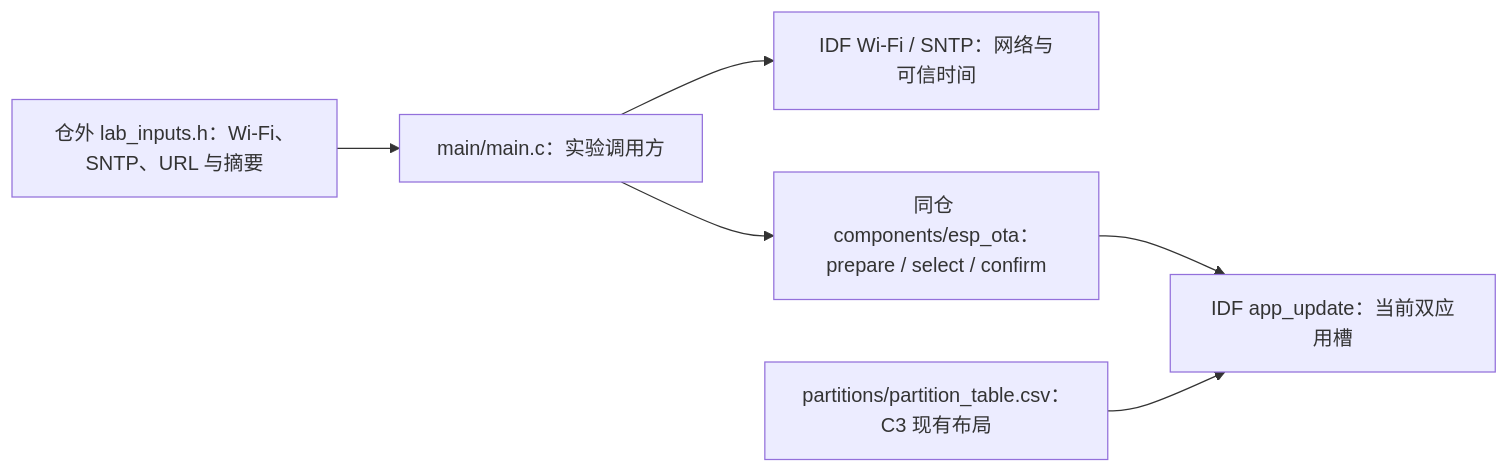
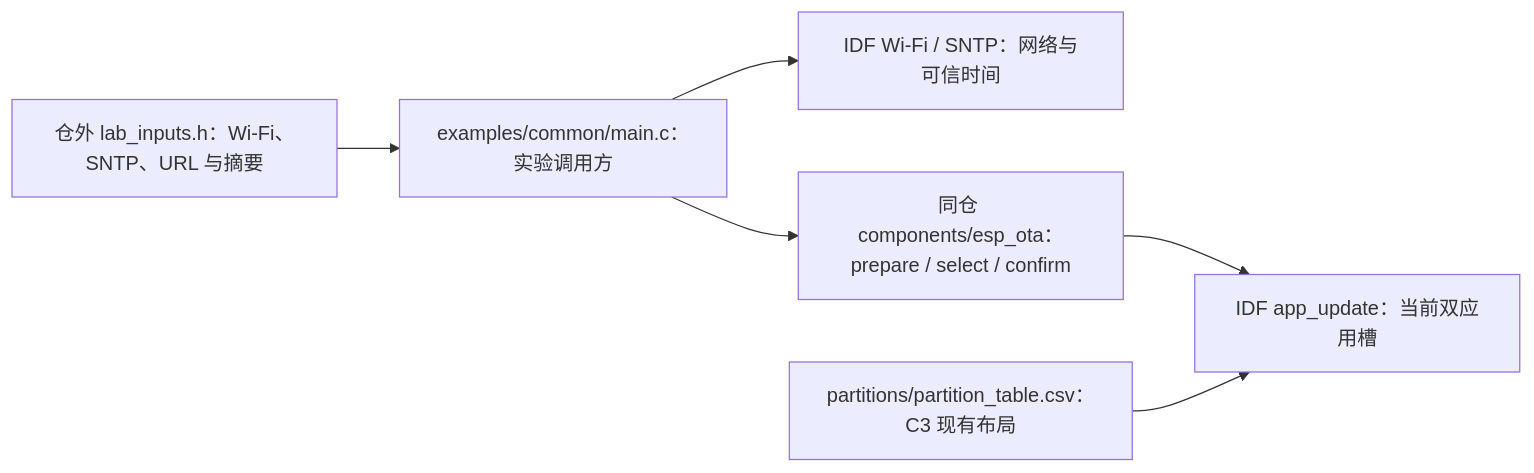
The diagram in examples/c3/README.md (darren-you/esp-ota), drawn with Mermaid before and after one commit. The commit also changed 20 other files, not shown here.

````diff
--- a/examples/c3/README.md
+++ b/examples/c3/README.md
@@ -7,8 +7,8 @@
 ```mermaid
 flowchart LR
-    input["仓外 lab_inputs.h：Wi-Fi、SNTP、URL 与摘要"] --> main["main/main.c：实验调用方"]
+    input["仓外 lab_inputs.h：Wi-Fi、SNTP、URL 与摘要"] --> main["examples/common/main.c：实验调用方"]
     main --> wifi["IDF Wi-Fi / SNTP：网络与可信时间"]
     main --> ota["同仓 components/esp_ota：prepare / select / confirm"]
     ota --> flash["IDF app_update：当前双应用槽"]
     table["partitions/partition_table.csv：C3 现有布局"] --> flash
 ```
````
